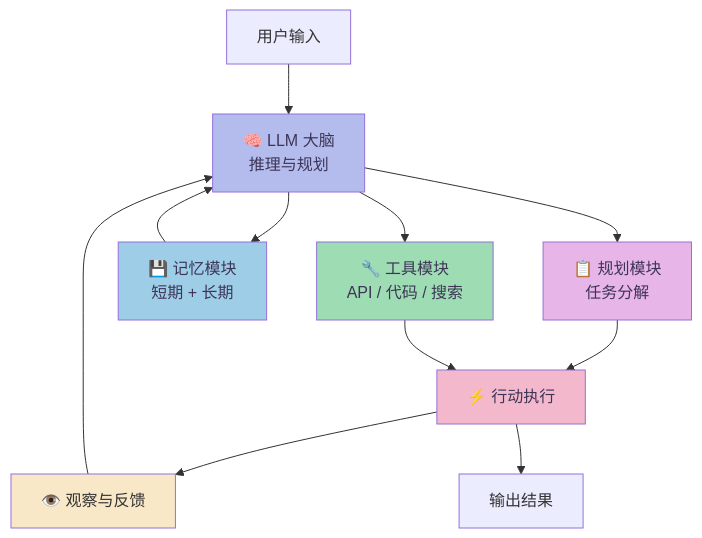
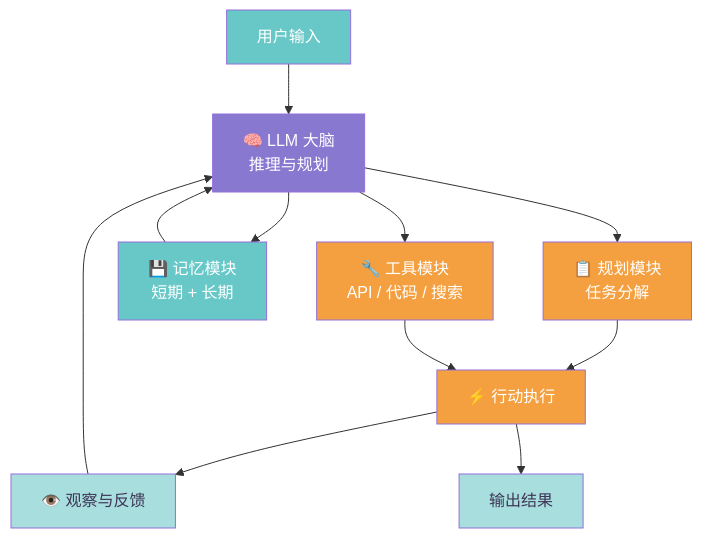
Before and after one commit to caoping0623/caoping0623.github.io: the fifth of 12 diagrams in _posts/2026-04-15-ai-agent.md, drawn with Mermaid. The commit also changed other lines of this file and 1 other file, not shown here.

First line of the commit message:
Update flowchart color scheme to match reference: teal/orange nodes, lavender arrows, pink subgraph containers

```diff
--- a/_posts/2026-04-15-ai-agent.md
+++ b/_posts/2026-04-15-ai-agent.md
@@ -158,20 +160,22 @@
 <div class="mermaid">
 graph TB
     User[用户输入] --> Brain[🧠 LLM 大脑<br/>推理与规划]
     Brain --> Plan[📋 规划模块<br/>任务分解]
     Brain --> Mem[💾 记忆模块<br/>短期 + 长期]
     Brain --> Tool[🔧 工具模块<br/>API / 代码 / 搜索]
     Plan --> Act[⚡ 行动执行]
     Mem --> Brain
     Tool --> Act
     Act --> Obs[👁️ 观察与反馈]
     Obs --> Brain
     Act --> Output[输出结果]
 
-    style Brain fill:#b4bcee,color:#3d3556
-    style Plan fill:#e8b5e8,color:#3d3556
-    style Mem fill:#9ecde8,color:#3d3556
-    style Tool fill:#9edcb4,color:#3d3556
-    style Act fill:#f4b8cc,color:#3d3556
-    style Obs fill:#f8e8c8
+    style User fill:#68c8c8,color:#ffffff
+    style Brain fill:#8878d0,color:#ffffff
+    style Plan fill:#f5a040,color:#ffffff
+    style Mem fill:#68c8c8,color:#ffffff
+    style Tool fill:#f5a040,color:#ffffff
+    style Act fill:#f5a040,color:#ffffff
+    style Obs fill:#a8dede,color:#3d3556
+    style Output fill:#a8dede,color:#3d3556
 </div>
```
